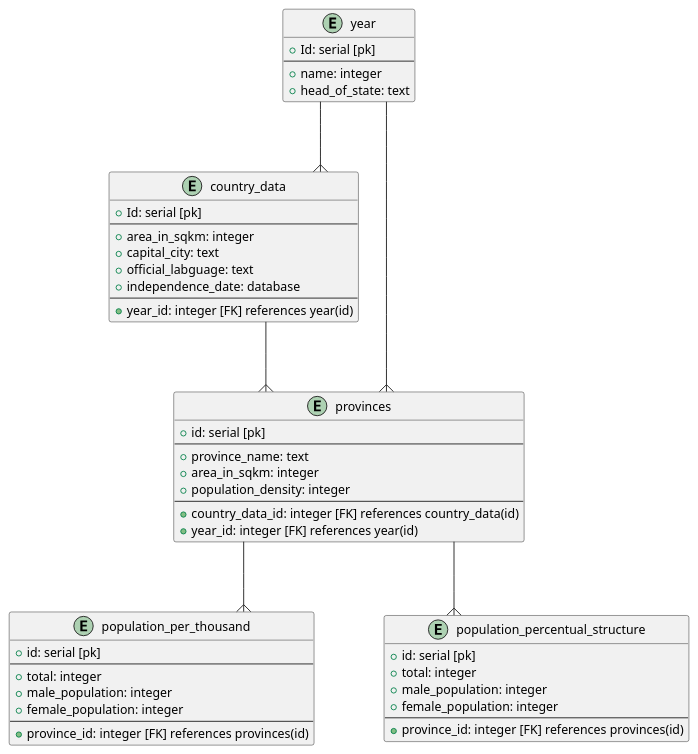
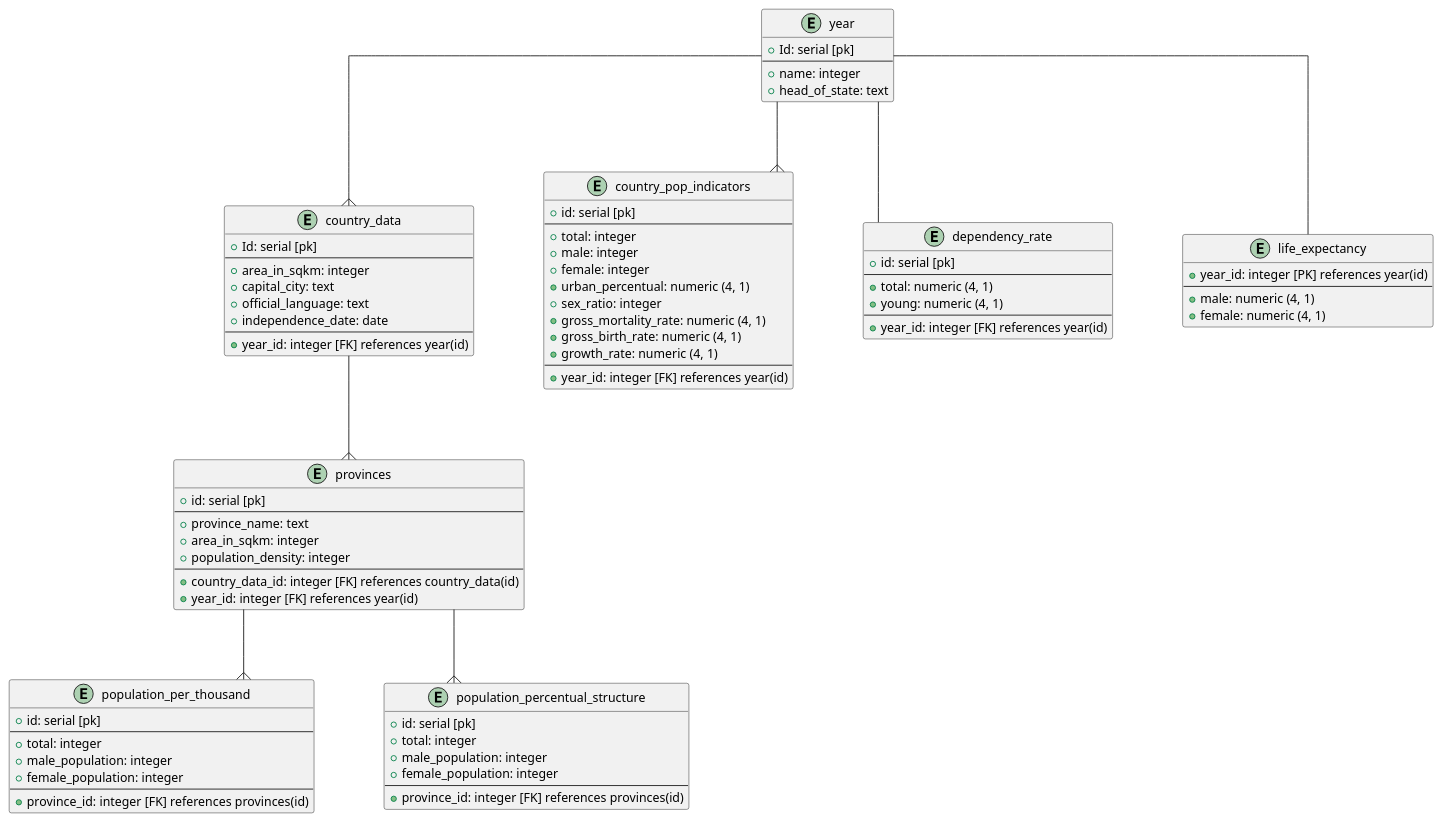
Before and after one commit to therakius/moz-demog-api: the diagram in dbschema.puml, drawn with PlantUML.

Commit message:
db design version 1 done

```diff
--- a/dbschema.puml
+++ b/dbschema.puml
@@ -1,73 +1,106 @@
 @startuml moz_database
 skinparam {
     Nodesep 80
     Ranksep 80
     Linetype ortho
 }
 
 skinparam entity {
     BackgroundColor LightBlue
     FontSize 14
     ArrowThickness 1
 }
 
 entity year {
     + Id: serial [pk]
     --
     + name: integer
     + head_of_state: text
 }
 
 entity country_data {
     + Id: serial [pk]
     --
     + area_in_sqkm: integer
     + capital_city: text
-    + official_labguage: text
-    + independence_date: database
+    + official_language: text
+    + independence_date: date
     --
     + year_id: integer [FK] references year(id)
 }
 
 entity provinces {
    + id: serial [pk]
    --
    + province_name: text
    + area_in_sqkm: integer
    + population_density: integer
    --
    + country_data_id: integer [FK] references country_data(id)
    + year_id: integer [FK] references year(id)
 }
 
 entity population_per_thousand{
     + id: serial [pk]
     --
     + total: integer
     + male_population: integer
     + female_population: integer
     --
     + province_id: integer [FK] references provinces(id)
 }
 
 entity population_percentual_structure {
     + id: serial [pk]
     + total: integer
     + male_population: integer
     +female_population: integer
     --
     + province_id: integer [FK] references provinces(id)
 }
 
 
+entity country_pop_indicators {
+    + id: serial [pk]
+    --
+    + total: integer
+    + male: integer
+    + female: integer
+    + urban_percentual: numeric (4, 1)
+    + sex_ratio: integer
+    + gross_mortality_rate: numeric (4, 1)
+    + gross_birth_rate: numeric (4, 1)
+    + growth_rate: numeric (4, 1)
+    --
+    + year_id: integer [FK] references year(id)
+}
+
+entity dependency_rate {
+    + id: serial [pk]
+    --
+    + total: numeric (4, 1)
+    + young: numeric (4, 1)
+    --
+    + year_id: integer [FK] references year(id)
+}
+
+entity life_expectancy {
+    + year_id: integer [PK] references year(id)
+    --
+    + male: numeric (4, 1)
+    + female: numeric (4, 1)
+}
+
 'relashionships:
 
 year  --{ country_data
 country_data --{ provinces
 provinces --{ population_per_thousand
 provinces --{ population_percentual_structure
-year  --{ provinces
+year -- life_expectancy
+year --{ country_pop_indicators
+year -- dependency_rate
 
 
 
 @enduml
```
